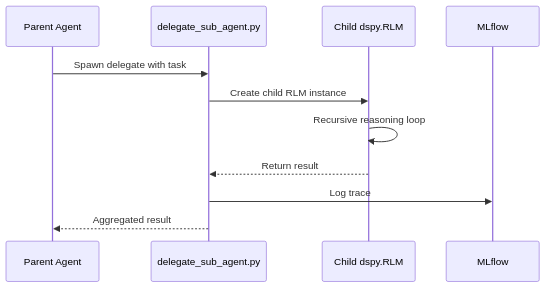
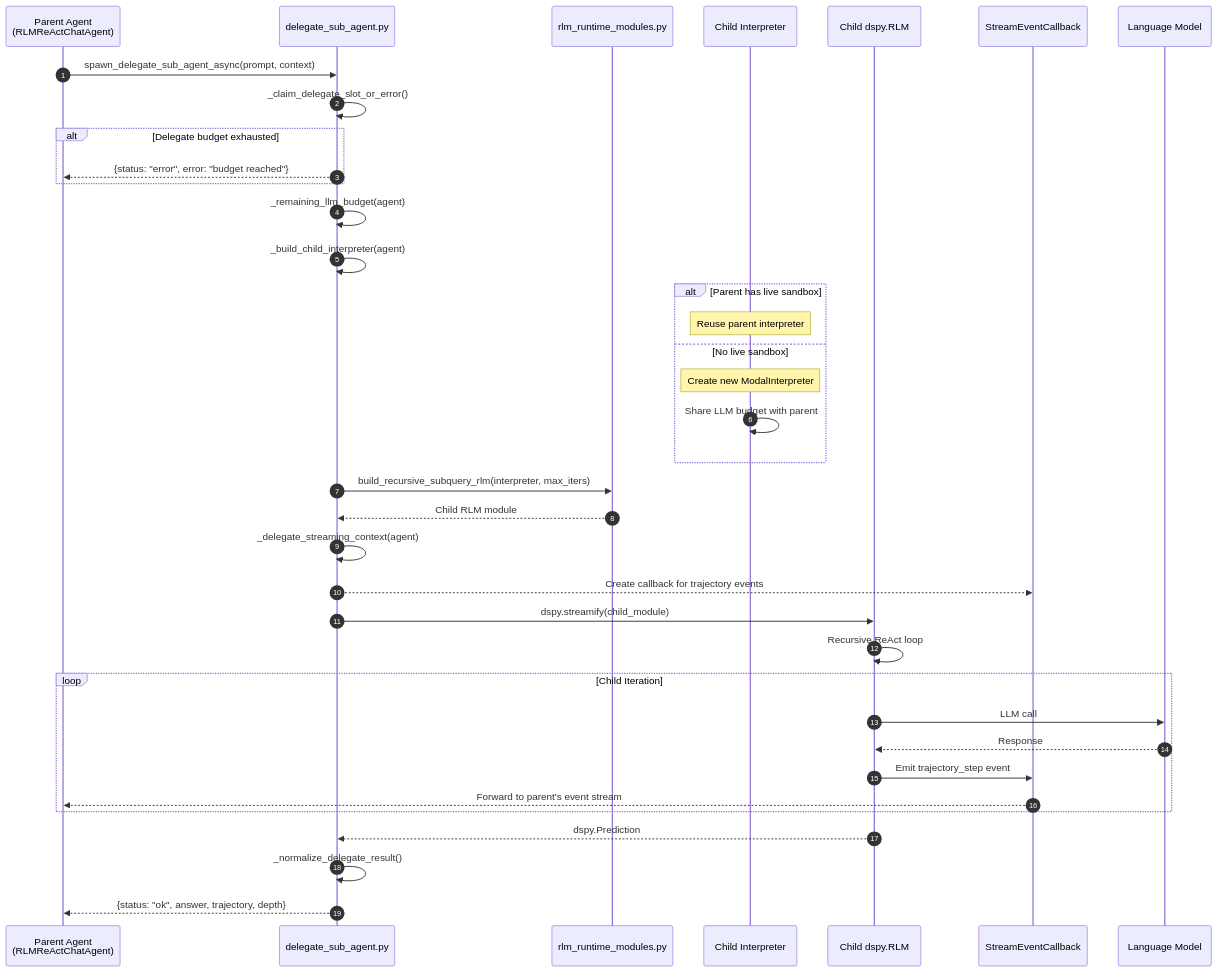
Before and after one commit to Qredence/fleet-rlm: the third of 4 diagrams in docs/architecture.md, drawn with Mermaid. The commit also changed other lines of this file, not shown here.

First line of the commit message:
docs(architecture): add detailed data flow diagrams for chat turn, RLM delegation, and sandbox execution

````diff
--- a/docs/architecture.md
+++ b/docs/architecture.md
@@ -244,14 +279,48 @@
 ```mermaid
 sequenceDiagram
-    participant Parent as Parent Agent
+    autonumber
+    participant Parent as Parent Agent<br/>(RLMReActChatAgent)
     participant Delegate as delegate_sub_agent.py
-    participant Child as Child dspy.RLM
-    participant MLflow as MLflow
+    participant Builder as rlm_runtime_modules.py
+    participant ChildCtx as Child Interpreter
+    participant ChildRLM as Child dspy.RLM
+    participant StreamCb as StreamEventCallback
+    participant LLM as Language Model
 
-    Parent->>Delegate: Spawn delegate with task
-    Delegate->>Child: Create child RLM instance
-    Child->>Child: Recursive reasoning loop
-    Child-->>Delegate: Return result
-    Delegate->>MLflow: Log trace
-    Delegate-->>Parent: Aggregated result
+    Parent->>Delegate: spawn_delegate_sub_agent_async(prompt, context)
+    Delegate->>Delegate: _claim_delegate_slot_or_error()
+
+    alt Delegate budget exhausted
+        Delegate-->>Parent: {status: "error", error: "budget reached"}
+    end
+
+    Delegate->>Delegate: _remaining_llm_budget(agent)
+    Delegate->>Delegate: _build_child_interpreter(agent)
+
+    alt Parent has live sandbox
+        Note over ChildCtx: Reuse parent interpreter
+    else No live sandbox
+        Note over ChildCtx: Create new ModalInterpreter
+        ChildCtx->>ChildCtx: Share LLM budget with parent
+    end
+
+    Delegate->>Builder: build_recursive_subquery_rlm(interpreter, max_iters)
+    Builder-->>Delegate: Child RLM module
+
+    Delegate->>Delegate: _delegate_streaming_context(agent)
+    Delegate-->>StreamCb: Create callback for trajectory events
+
+    Delegate->>ChildRLM: dspy.streamify(child_module)
+    ChildRLM->>ChildRLM: Recursive ReAct loop
+
+    loop Child Iteration
+        ChildRLM->>LLM: LLM call
+        LLM-->>ChildRLM: Response
+        ChildRLM->>StreamCb: Emit trajectory_step event
+        StreamCb-->>Parent: Forward to parent's event stream
+    end
+
+    ChildRLM-->>Delegate: dspy.Prediction
+    Delegate->>Delegate: _normalize_delegate_result()
+    Delegate-->>Parent: {status: "ok", answer, trajectory, depth}
 ```
````
